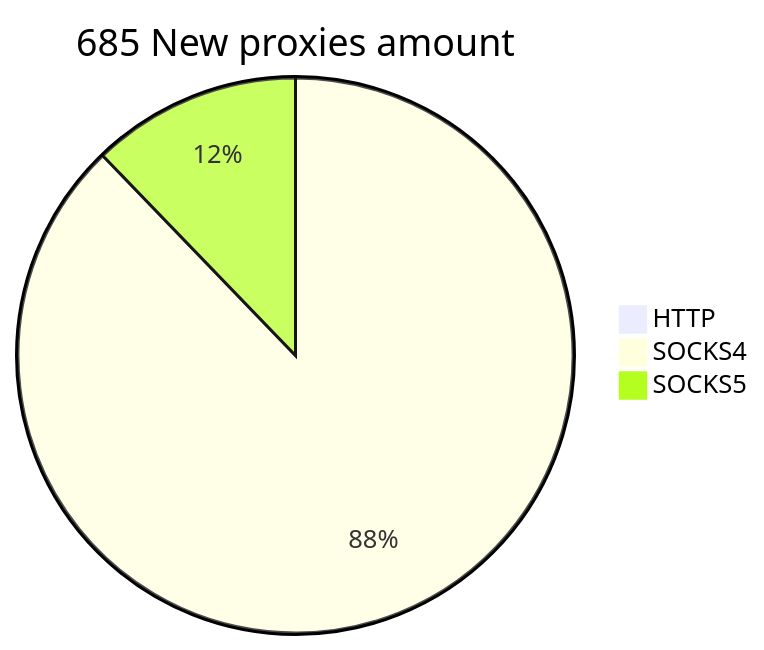
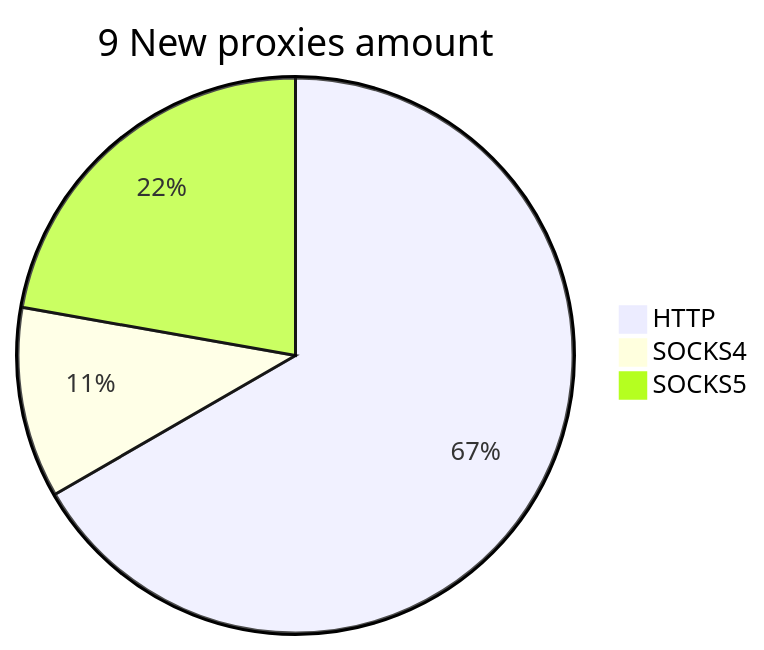
The second of 2 diagrams in README.md (cutipu/proxylist), drawn with Mermaid before and after one commit. The commit also changed other lines of this file, not shown here.

````diff
--- a/README.md
+++ b/README.md
@@ -10,6 +10,6 @@
 ```mermaid
-pie title 685 New proxies amount
-    "HTTP" : 0
-    "SOCKS4" : 647
-    "SOCKS5" : 90
+pie title 9 New proxies amount
+    "HTTP" : 6
+    "SOCKS4" : 1
+    "SOCKS5" : 2
 ```
````
